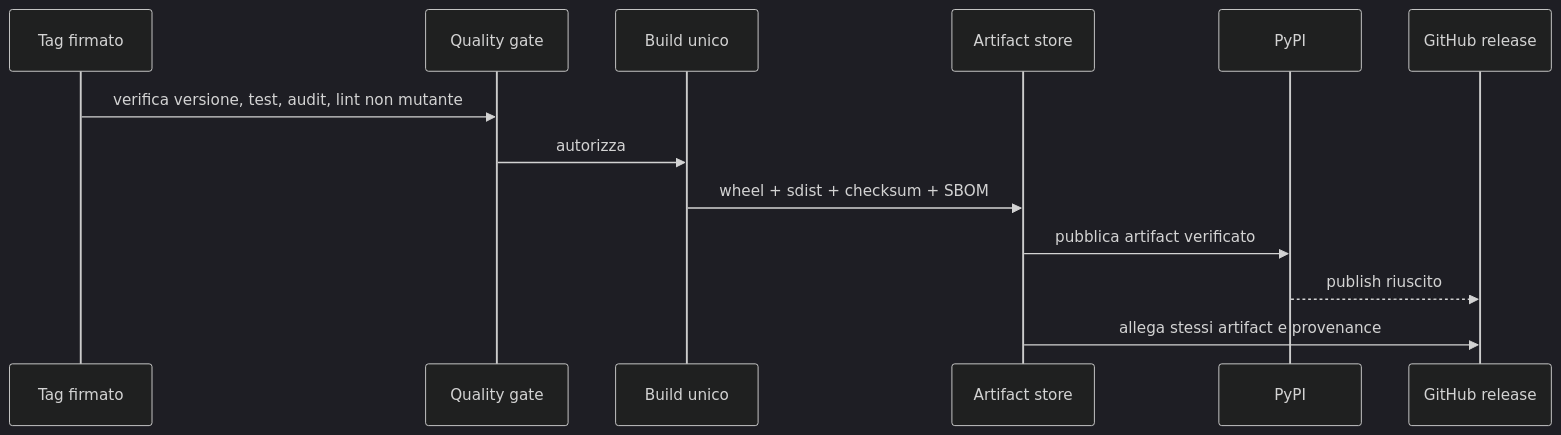
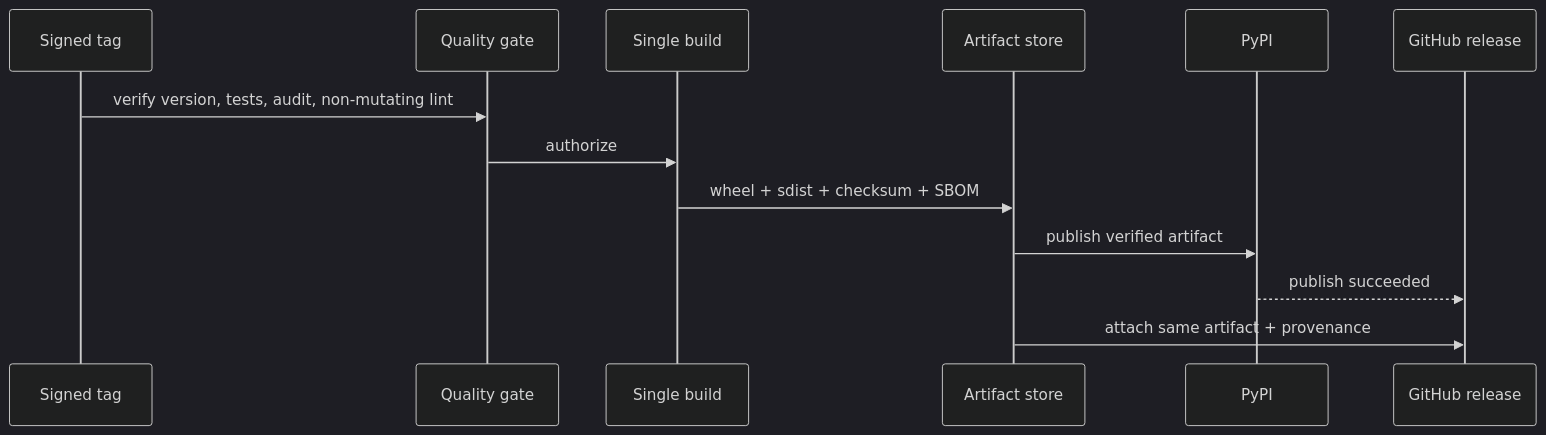
Before and after one commit to MarcoPorcellato/logseq-matryca-parser: the second of 4 diagrams in docs/REPOSITORY_IMPROVEMENT_STUDY_2026-07-28.md, drawn with Mermaid (dark theme). The commit also changed other lines of this file and 27 other files, not shown here.

````diff
--- a/docs/REPOSITORY_IMPROVEMENT_STUDY_2026-07-28.md
+++ b/docs/REPOSITORY_IMPROVEMENT_STUDY_2026-07-28.md
@@ -241,16 +240,16 @@
 ```mermaid
 sequenceDiagram
-    participant Tag as Tag firmato
+    participant Tag as Signed tag
     participant Gate as Quality gate
-    participant Build as Build unico
+    participant Build as Single build
     participant Store as Artifact store
     participant PyPI as PyPI
     participant Release as GitHub release
 
-    Tag->>Gate: verifica versione, test, audit, lint non mutante
-    Gate->>Build: autorizza
+    Tag->>Gate: verify version, tests, audit, non-mutating lint
+    Gate->>Build: authorize
     Build->>Store: wheel + sdist + checksum + SBOM
-    Store->>PyPI: pubblica artifact verificato
-    PyPI-->>Release: publish riuscito
-    Store->>Release: allega stessi artifact e provenance
+    Store->>PyPI: publish verified artifact
+    PyPI-->>Release: publish succeeded
+    Store->>Release: attach same artifact + provenance
 ```
````
